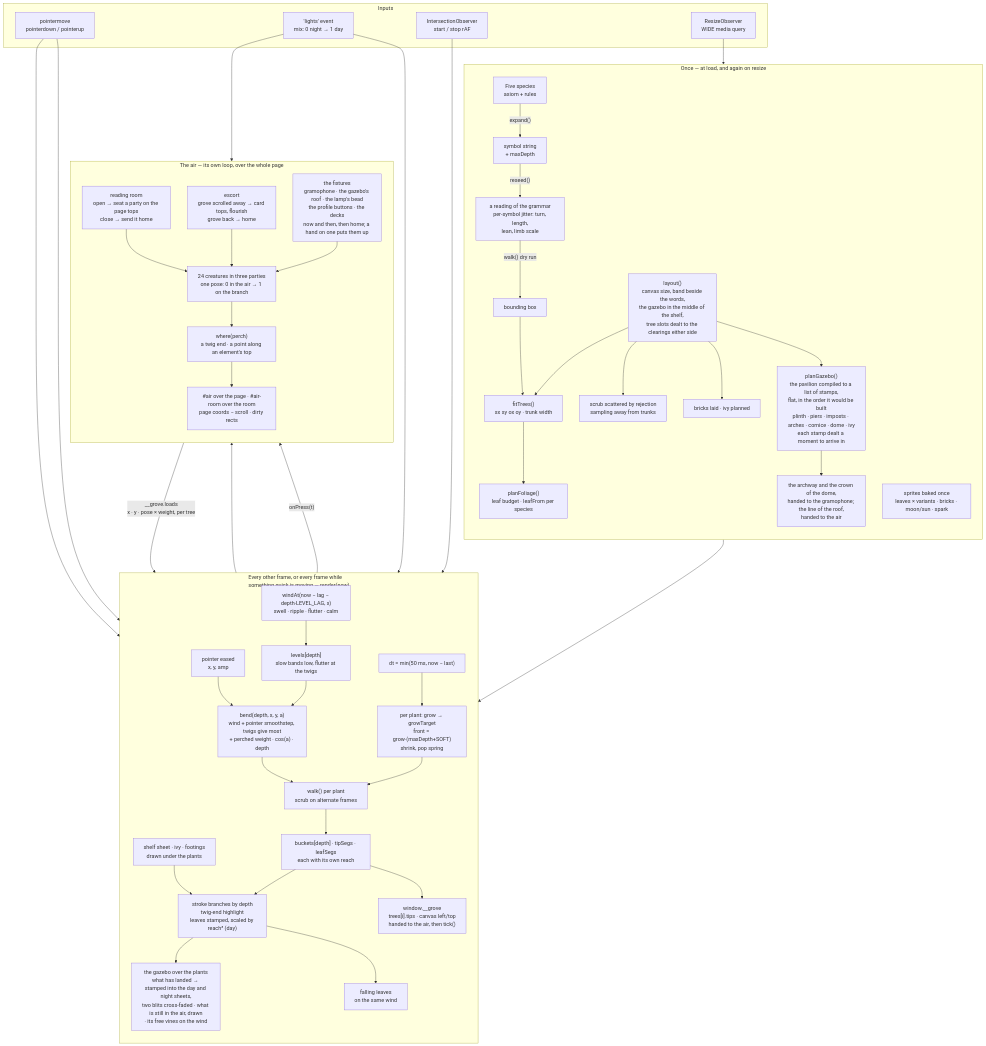
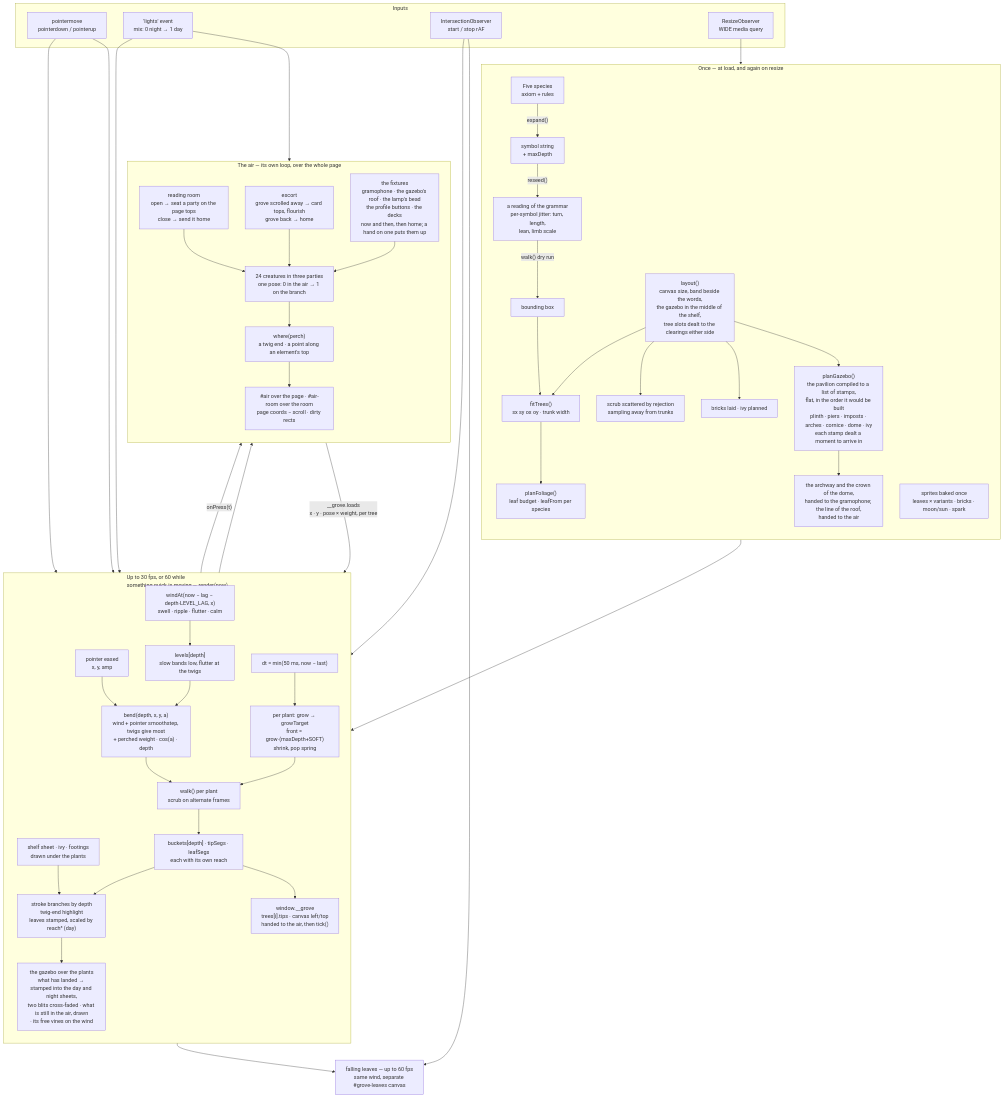
Before and after one commit to NeoVand/NeoVand.github.io: the first of 2 diagrams in README.md, drawn with Mermaid. The commit also changed other lines of this file and 1 other file, not shown here.

Commit message:
Improve grove performance and smooth falling leaves

````diff
--- a/README.md
+++ b/README.md
@@ -429,60 +439,63 @@
 ```mermaid
 flowchart TB
   subgraph once["Once — at load, and again on resize"]
     direction TB
     G["Five species<br/>axiom + rules"] -->|"expand()"| S["symbol string<br/>+ maxDepth"]
     S -->|"reseed()"| J["a reading of the grammar<br/>per-symbol jitter: turn, length,<br/>lean, limb scale"]
     J -->|"walk() dry run"| BB["bounding box"]
     LY["layout()<br/>canvas size, band beside the words,<br/>the gazebo in the middle of the shelf,<br/>tree slots dealt to the clearings either side"] --> FT
     BB --> FT["fitTrees()<br/>sx sy ox oy · trunk width"]
     FT --> PF["planFoliage()<br/>leaf budget · leafFrom per species"]
     LY --> SC["scrub scattered by rejection<br/>sampling away from trunks"]
     LY --> BR["bricks laid · ivy planned"]
     LY --> GZ["planGazebo()<br/>the pavilion compiled to a list of stamps,<br/>flat, in the order it would be built<br/>plinth · piers · imposts · arches · cornice · dome · ivy<br/>each stamp dealt a moment to arrive in"]
     GZ --> HP["the archway and the crown of the dome,<br/>handed to the gramophone; the line of the roof,<br/>handed to the air"]
     SP["sprites baked once<br/>leaves × variants · bricks · moon/sun · spark"]
   end
 
   subgraph inputs["Inputs"]
     PTR["pointermove<br/>pointerdown / pointerup"]
     LT["'lights' event<br/>mix: 0 night → 1 day"]
     VIS["IntersectionObserver<br/>start / stop rAF"]
     RS["ResizeObserver<br/>WIDE media query"]
   end
 
-  subgraph frame["Every other frame, or every frame while<br/>something quick is moving — render(now)"]
+  subgraph frame["Up to 30 fps, or 60 while<br/>something quick is moving — render(now)"]
     direction TB
     DT["dt = min(50 ms, now − last)"] --> GRW
     GRW["per plant: grow → growTarget<br/>front = grow·(maxDepth+SOFT)<br/>shrink, pop spring"] --> WK
     WD["windAt(now − lag − depth·LEVEL_LAG, x)<br/>swell · ripple · flutter · calm"] --> LV["levels[depth]<br/>slow bands low, flutter at the twigs"]
     LV --> BEND["bend(depth, x, y, a)<br/>wind + pointer smoothstep, twigs give most<br/>+ perched weight · cos(a) · depth"]
     PE["pointer eased<br/>x, y, amp"] --> BEND
     BEND --> WK["walk() per plant<br/>scrub on alternate frames"]
     WK --> SEG["buckets[depth] · tipSegs · leafSegs<br/>each with its own reach"]
     SEG --> DRAW["stroke branches by depth<br/>twig-end highlight<br/>leaves stamped, scaled by reach³ (day)"]
     SEG --> EXP["window.__grove<br/>trees[i].tips · canvas left/top<br/>handed to the air, then tick()"]
     SHF["shelf sheet · ivy · footings<br/>drawn under the plants"] --> DRAW
     DRAW --> GZD["the gazebo over the plants<br/>what has landed → stamped into the day and night sheets,<br/>two blits cross-faded · what is still in the air, drawn<br/>· its free vines on the wind"]
-    DRAW --> FALL["falling leaves<br/>on the same wind"]
   end
+
+  FALL["falling leaves — up to 60 fps<br/>same wind, separate #grove-leaves canvas"]
+  WD --> FALL
+  VIS --> FALL
 
   subgraph air["The air — its own loop, over the whole page"]
     direction TB
     FLK["24 creatures in three parties<br/>one pose: 0 in the air → 1 on the branch"] --> WHERE["where(perch)<br/>a twig end · a point along an element's top"]
     WHERE --> SHEETS["#air over the page · #air-room over the room<br/>page coords − scroll · dirty rects"]
     RM["reading room<br/>open → seat a party on the page tops<br/>close → send it home"] --> FLK
     ESC["escort<br/>grove scrolled away → card tops, flourish<br/>grove back → home"] --> FLK
     RAD["the fixtures<br/>gramophone · the gazebo's roof · the lamp's bead<br/>the profile buttons · the decks<br/>now and then, then home; a hand on one puts them up"] --> FLK
   end
 
   PTR --> PE
   PTR --> GRW
   LT --> DRAW
   LT --> FLK
   RS --> LY
   VIS --> frame
   once --> frame
   EXP --> WHERE
   GRW -->|"onPress(t)"| FLK
   FLK -->|"__grove.loads<br/>x · y · pose × weight, per tree"| BEND
 ```
````
